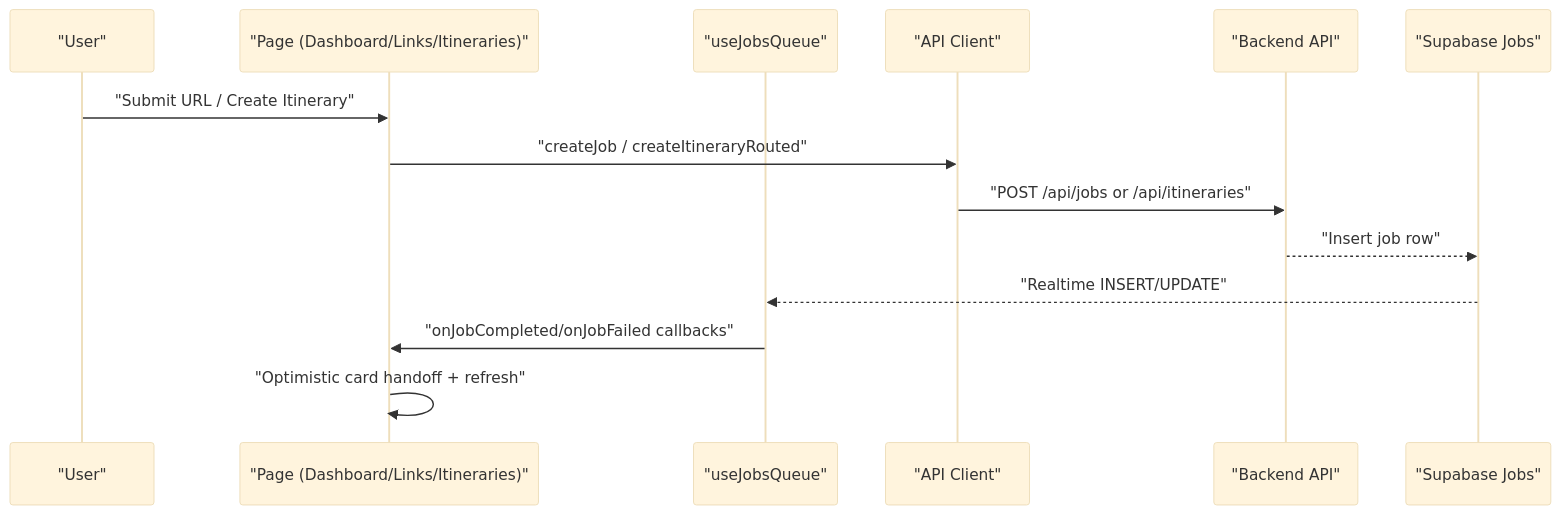
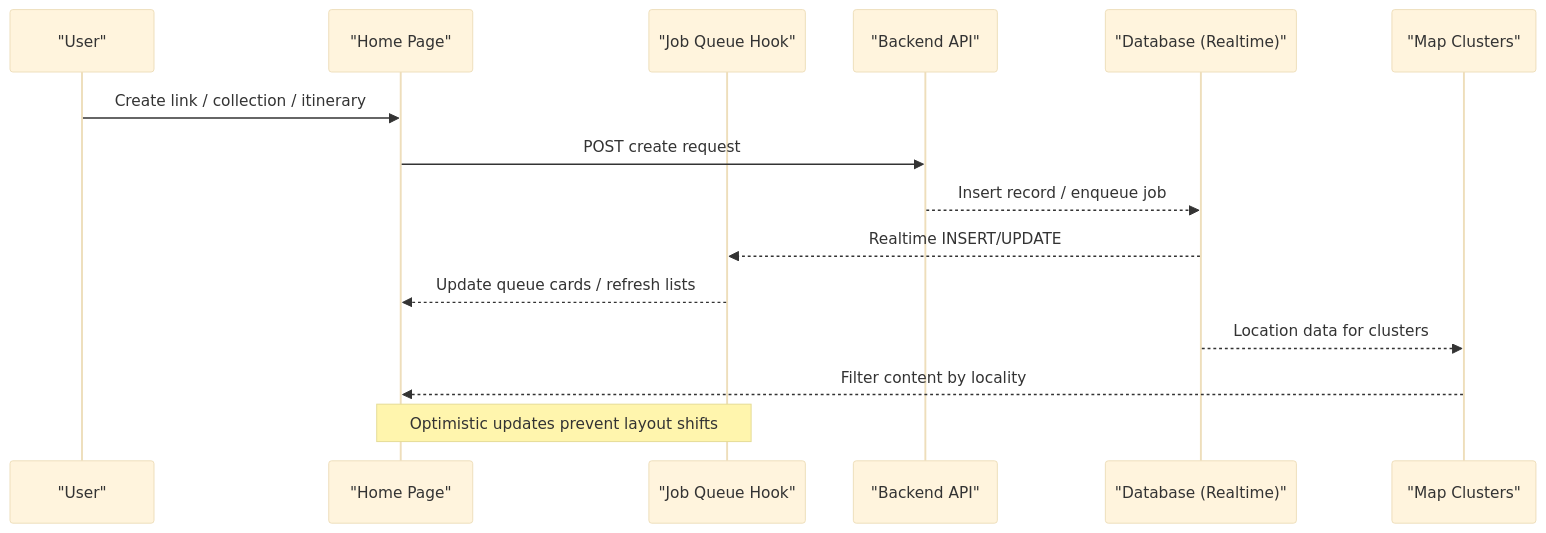
The second of 10 diagrams in .qoder/repowiki/en/content/Core Features/Core Features.md (Meaetin/alibaba-hackathon), drawn with Mermaid (base theme) before and after one commit. The commit also changed other lines of this file and 241 other files, not shown here.

````diff
--- a/.qoder/repowiki/en/content/Core Features/Core Features.md
+++ b/.qoder/repowiki/en/content/Core Features/Core Features.md
@@ -100,16 +86,17 @@
 ```mermaid
 sequenceDiagram
 participant U as "User"
-participant P as "Page (Dashboard/Links/Itineraries)"
-participant JQ as "useJobsQueue"
-participant AC as "API Client"
-participant BE as "Backend API"
-participant DB as "Supabase Jobs"
-U->>P : "Submit URL / Create Itinerary"
-P->>AC : "createJob / createItineraryRouted"
-AC->>BE : "POST /api/jobs or /api/itineraries"
-BE-->>DB : "Insert job row"
-DB-->>JQ : "Realtime INSERT/UPDATE"
-JQ->>P : "onJobCompleted/onJobFailed callbacks"
-P->>P : "Optimistic card handoff + refresh"
+participant H as "Home Page"
+participant Q as "Job Queue Hook"
+participant API as "Backend API"
+participant DB as "Database (Realtime)"
+participant M as "Map Clusters"
+U->>H : Create link / collection / itinerary
+H->>API : POST create request
+API-->>DB : Insert record / enqueue job
+DB-->>Q : Realtime INSERT/UPDATE
+Q-->>H : Update queue cards / refresh lists
+DB-->>M : Location data for clusters
+M-->>H : Filter content by locality
+Note over H,Q : Optimistic updates prevent layout shifts
 ```
````
